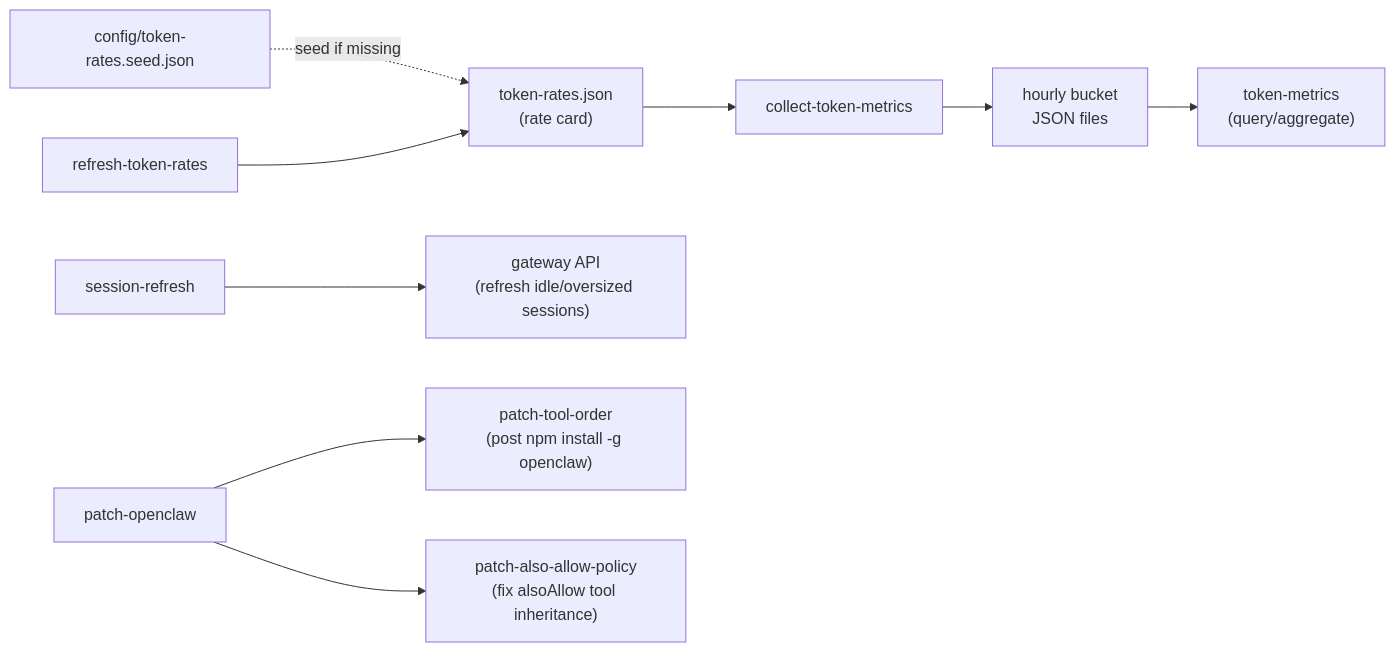
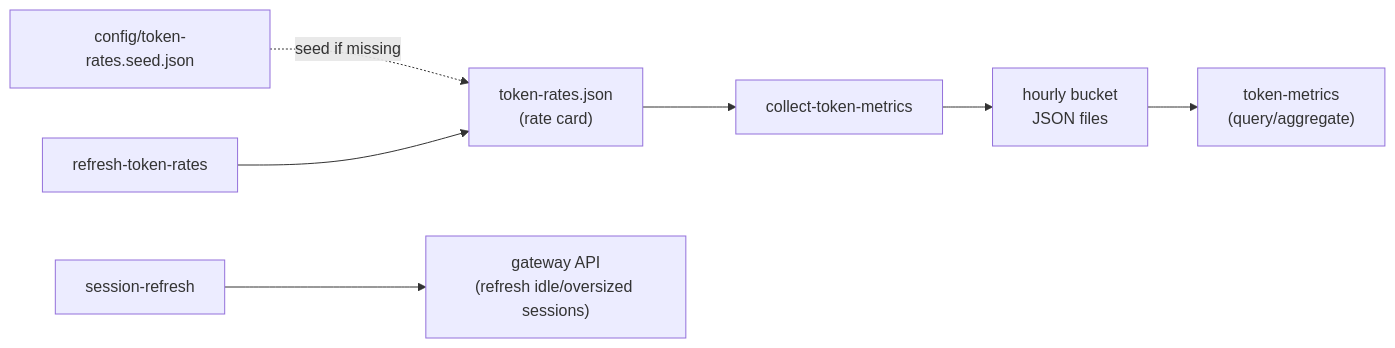
One commit to karmaniverous/jeeves-scripts-core changed the diagram in packages/core/guides/admin.md. Above: the diagram before and after it, drawn with Mermaid. The commit also changed other lines of this file and 52 other files, not shown here.

````diff
--- a/packages/core/guides/admin.md
+++ b/packages/core/guides/admin.md
@@ -23,13 +17,10 @@
 ```mermaid
 flowchart LR
   collect["collect-token-metrics"] --> buckets["hourly bucket\nJSON files"]
   buckets --> metrics["token-metrics\n(query/aggregate)"]
   seed["config/token-rates.seed.json"] -. "seed if missing" .-> card["token-rates.json\n(rate card)"]
   rates["refresh-token-rates"] --> card
   card --> collect
 
   refresh["session-refresh"] --> gateway["gateway API\n(refresh idle/oversized sessions)"]
-
-  patch["patch-openclaw"] --> order["patch-tool-order\n(post npm install -g openclaw)"]
-  patch --> allow["patch-also-allow-policy\n(fix alsoAllow tool inheritance)"]
 ```
````
